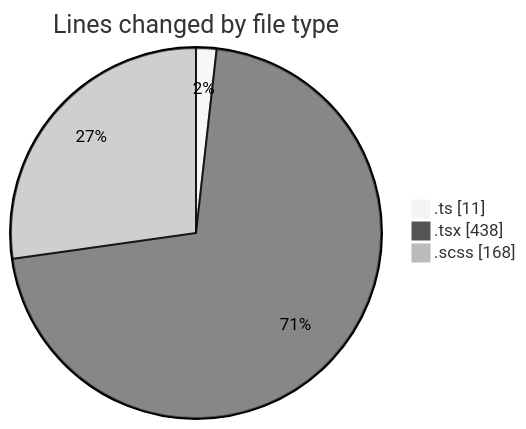
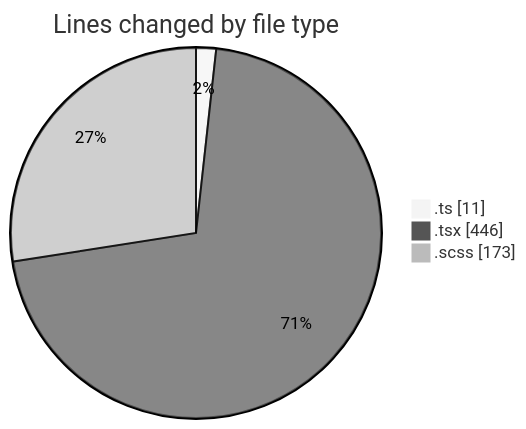
One commit to momahboobian/code-tracking changed the first of 2 diagrams in 2025-03-21/cda/README.md. Above: the diagram before and after it, drawn with Mermaid (neutral theme). The commit also changed other lines of this file and 1 other file, not shown here.

````diff
--- a/2025-03-21/cda/README.md
+++ b/2025-03-21/cda/README.md
@@ -24,7 +24,7 @@
 ```mermaid
 pie showData
 title Lines changed by file type
 ".ts" : 11
-".tsx" : 438
-".scss" : 168
+".tsx" : 446
+".scss" : 173
 ```
````
